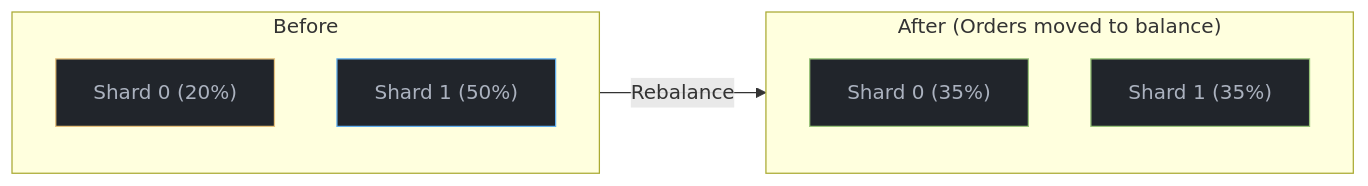
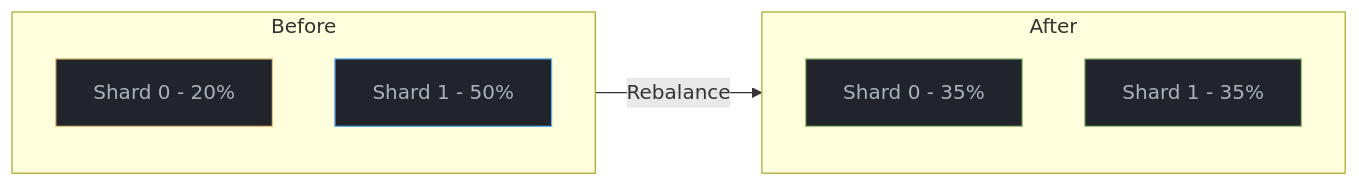
Before and after one commit to mgild/mintlify-docs: the ninth of 9 diagrams in concepts/orderbook.mdx, drawn with Mermaid. The commit also changed other lines of this file and 19 other files, not shown here.

````diff
--- a/concepts/orderbook.mdx
+++ b/concepts/orderbook.mdx
@@ -234,20 +231,19 @@
 ```mermaid
 
 flowchart LR
     subgraph Before
-        B0["Shard 0 (20%)"]
-        B1["Shard 1 (50%)"]
+        B0["Shard 0 - 20%"]
+        B1["Shard 1 - 50%"]
     end
 
     Before -->|Rebalance| After
 
-    subgraph After["After (Orders moved to balance)"]
-        A0["Shard 0 (35%)"]
-        A1["Shard 1 (35%)"]
+    subgraph After
+        A0["Shard 0 - 35%"]
+        A1["Shard 1 - 35%"]
     end
-
     style B0 fill:#21252b,stroke:#e5c07b,color:#abb2bf
     style B1 fill:#21252b,stroke:#61afef,color:#abb2bf
     style A0 fill:#21252b,stroke:#98c379,color:#abb2bf
     style A1 fill:#21252b,stroke:#98c379,color:#abb2bf
 ```
````
